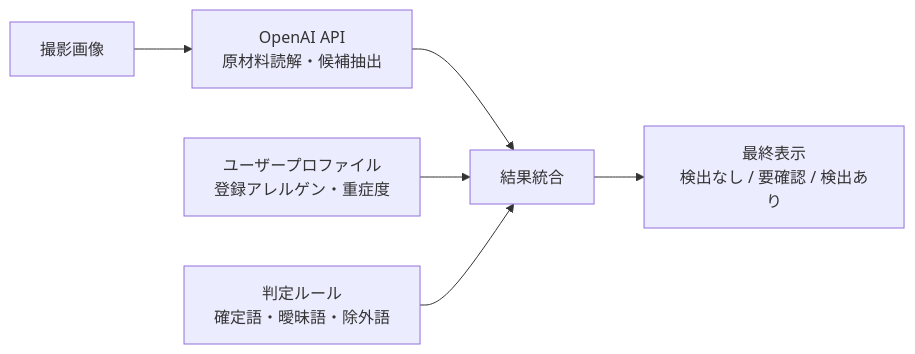
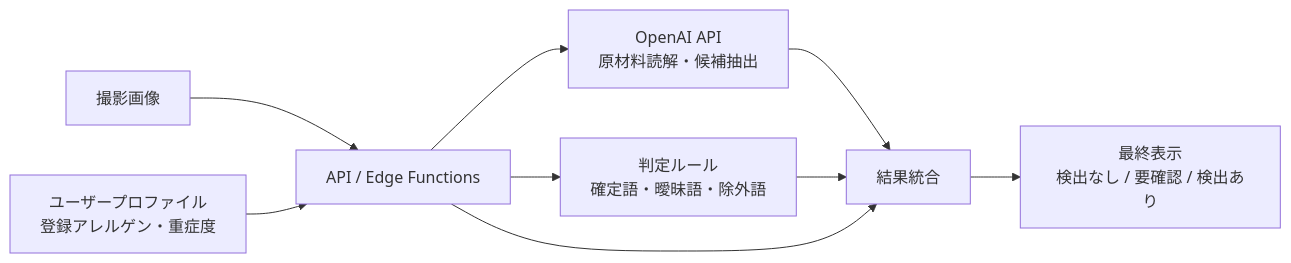
The third of 3 diagrams in docs/portfolio-system-overview.md (hrkshz/allergy-support-app), drawn with Mermaid before and after one commit. The commit also changed other lines of this file and 2 other files, not shown here.

Commit message:
Clarify docs architecture and data flow

````diff
--- a/docs/portfolio-system-overview.md
+++ b/docs/portfolio-system-overview.md
@@ -226,15 +304,19 @@
 ```mermaid
 flowchart LR
     I[撮影画像]
     P[ユーザープロファイル<br/>登録アレルゲン・重症度]
+    A[API / Edge Functions]
     O[OpenAI API<br/>原材料読解・候補抽出]
     D[判定ルール<br/>確定語・曖昧語・除外語]
     J[結果統合]
     F[最終表示<br/>検出なし / 要確認 / 検出あり]
 
-    I --> O
+    I --> A
+    P --> A
+    A --> O
     O --> J
-    P --> J
+    A --> D
     D --> J
+    A --> J
     J --> F
 ```
````
